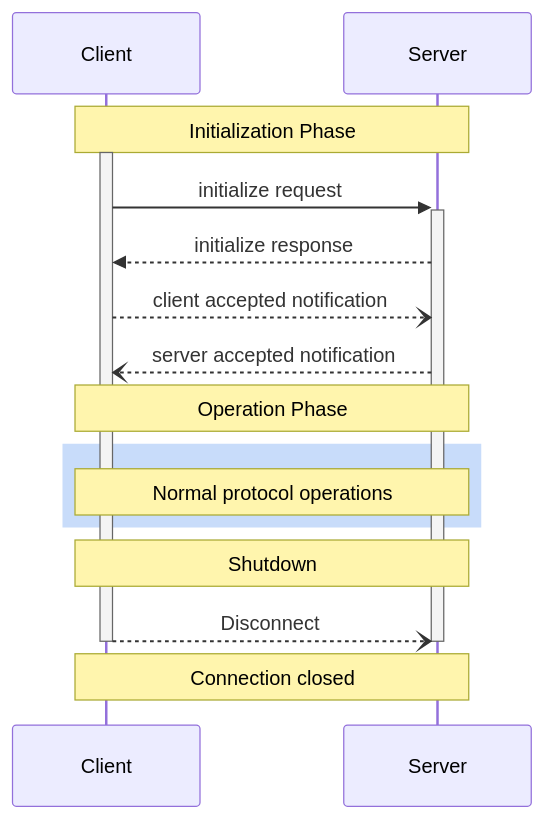
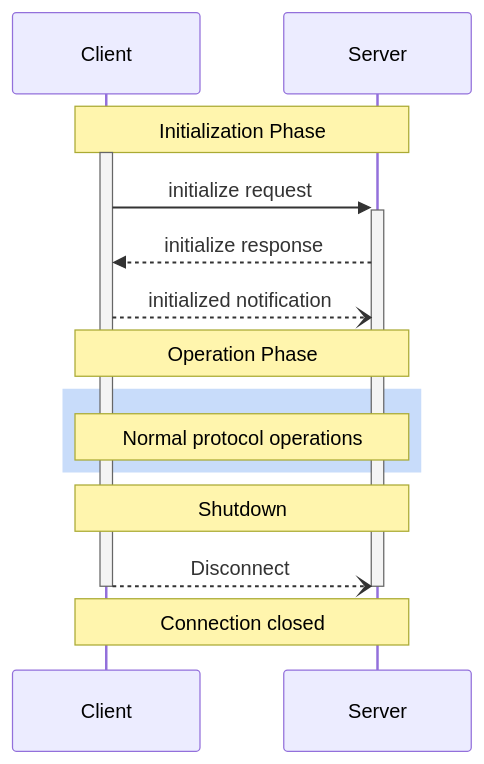
One commit to xiaokunzhang/mcp-over-mqtt-site changed the diagram in content/docs/specification/draft/basic/lifecycle.md. Above: the diagram before and after it, drawn with Mermaid. The commit also changed other lines of this file and 5 other files, not shown here.

````diff
--- a/content/docs/specification/draft/basic/lifecycle.md
+++ b/content/docs/specification/draft/basic/lifecycle.md
@@ -22,22 +22,21 @@
 ```mermaid
 sequenceDiagram
     participant Client
     participant Server
 
     Note over Client,Server: Initialization Phase
     activate Client
     Client->>+Server: initialize request
     Server-->>Client: initialize response
-    Client--)Server: client accepted notification
-    Server--)Client: server accepted notification
+    Client--)Server: initialized notification
 
     Note over Client,Server: Operation Phase
     rect rgb(200, 220, 250)
         note over Client,Server: Normal protocol operations
     end
 
     Note over Client,Server: Shutdown
     Client--)-Server: Disconnect
     deactivate Server
     Note over Client,Server: Connection closed
 ```
````
